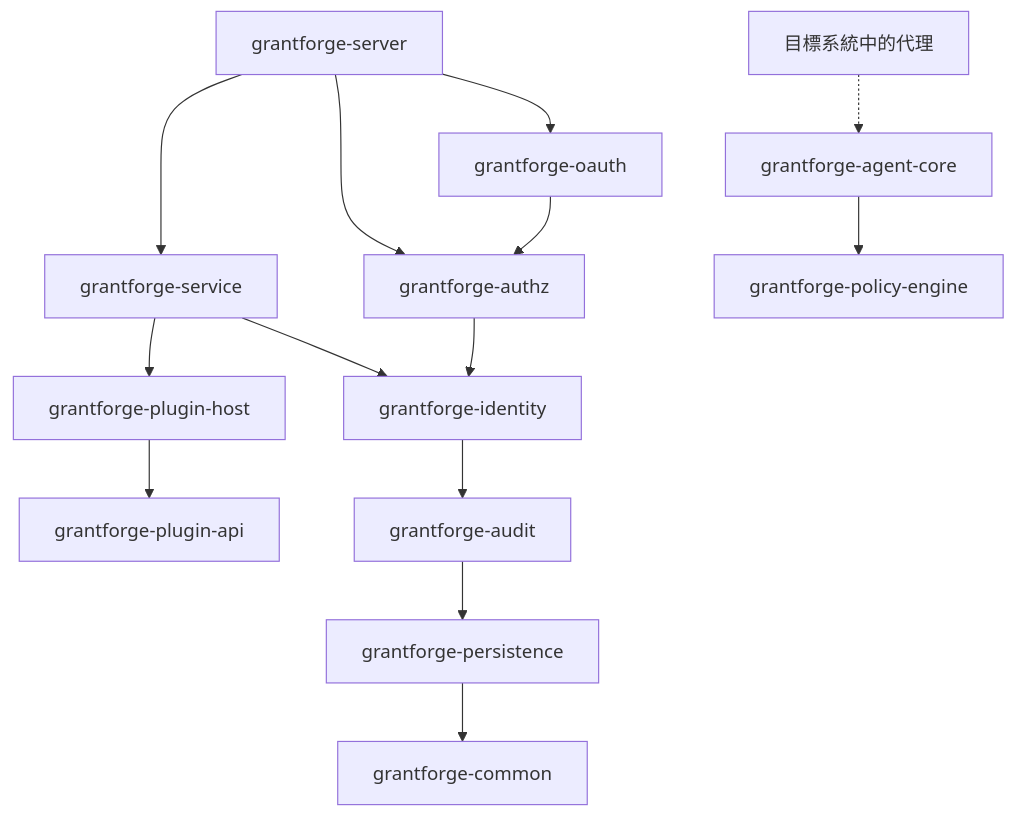
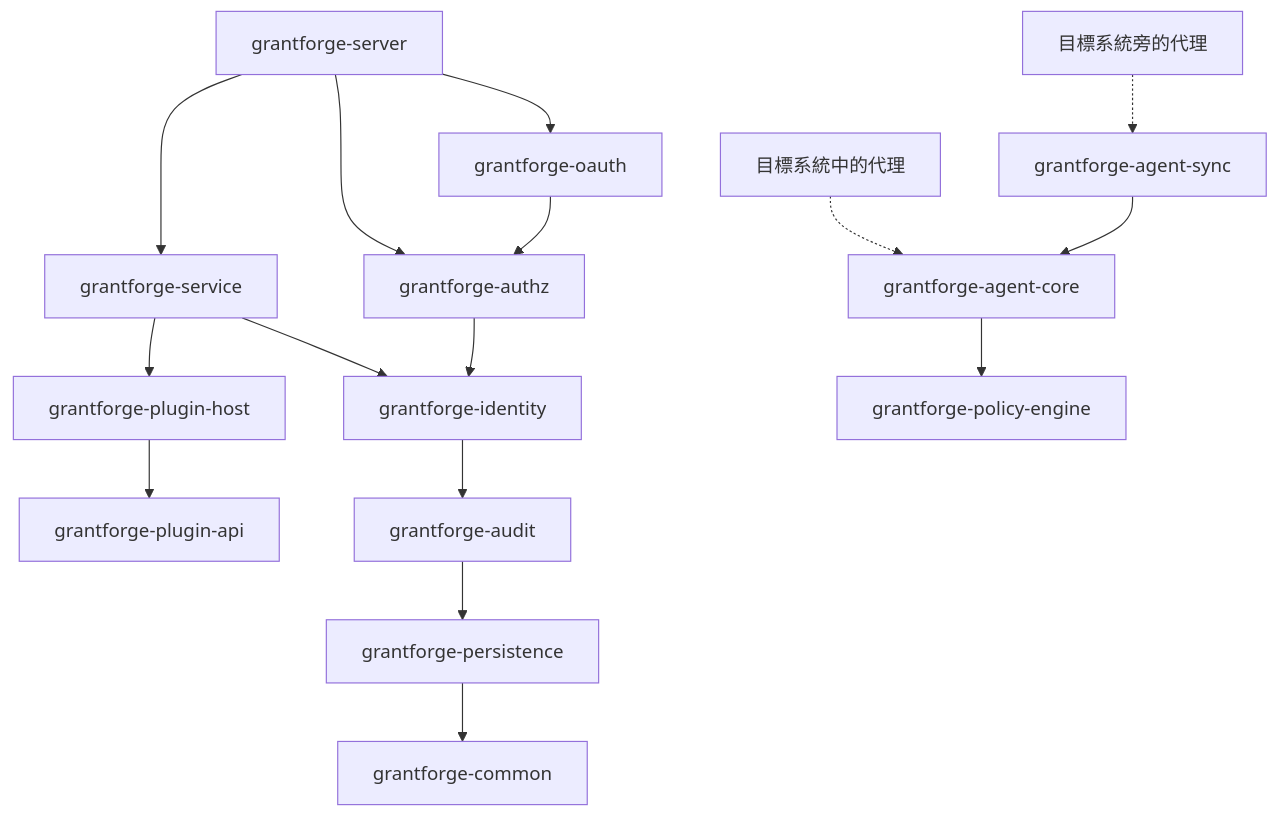
Before and after one commit to devlive-community/grantforge: the first of 2 diagrams in docs/content/zh-tw/architecture/overview.md, drawn with Mermaid. The commit also changed other lines of this file and 21 other files, not shown here.

First line of the commit message:
docs(agent-sync): document the shared core of agents beside a system

````diff
--- a/docs/content/zh-tw/architecture/overview.md
+++ b/docs/content/zh-tw/architecture/overview.md
@@ -18,16 +18,18 @@
 ```mermaid
 flowchart TB
   server[grantforge-server] --> oauth[grantforge-oauth]
   server --> service[grantforge-service]
   server --> authz[grantforge-authz]
   oauth --> authz
   service --> host[grantforge-plugin-host]
   service --> identity
   host --> api[grantforge-plugin-api]
   authz --> identity[grantforge-identity]
   identity --> audit[grantforge-audit]
   audit --> persistence[grantforge-persistence]
   persistence --> common[grantforge-common]
   agent[目標系統中的代理] -.-> agentcore[grantforge-agent-core]
+  syncagent[目標系統旁的代理] -.-> agentsync[grantforge-agent-sync]
+  agentsync --> agentcore
   agentcore --> engine[grantforge-policy-engine]
 ```
````
